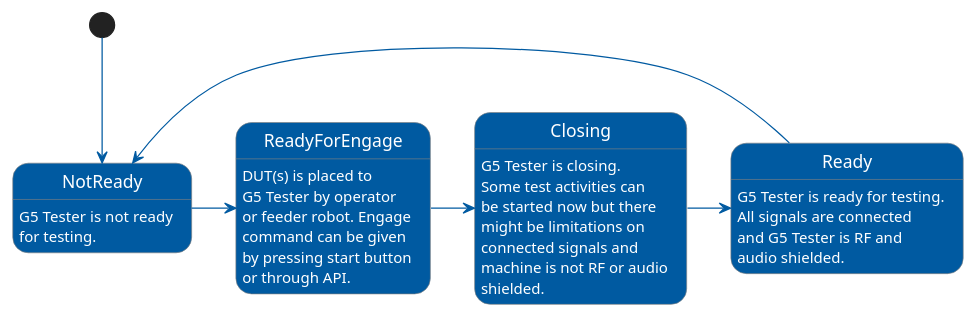
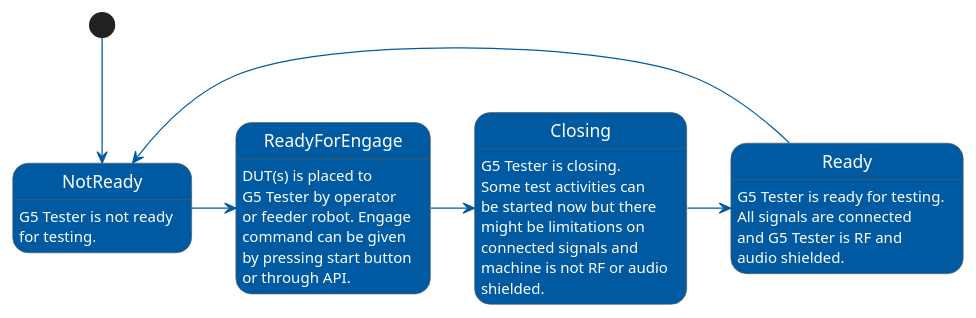
Before and after one commit to jotautomation/G5-Test-Sequencer-Docs: the diagram in pumls/G5_states.puml, drawn with PlantUML. The commit also changed 2 other files, not shown here.

```diff
--- a/pumls/G5_states.puml
+++ b/pumls/G5_states.puml
@@ -1,42 +1,42 @@
 @startuml
 skinparam state {
   StartColor #005aa1
   EndColor Red
   BackgroundColor #005aa1
   BackgroundColor<<Warning>> Olive
-  BorderColor Gray
+  BorderColor #5a5a5a
   FontName Apex
   AttributeFontColor White
   FontColor White
   ArrowColor #005aa1
 }
 
 [*] --> NotReady
 NotReady -> ReadyForEngage
 ReadyForEngage -> Closing
 Closing -> Ready
 Ready -> NotReady
 
 Ready: G5 Tester is ready for testing.
 Ready: All signals are connected
 Ready: and G5 Tester is RF and
 Ready: audio shielded.
 
 Closing: G5 Tester is closing.
 Closing: Some test activities can
 Closing: be started now but there
 Closing: might be limitations on
 Closing: connected signals and
 Closing: machine is not RF or audio
 Closing: shielded.
 
 ReadyForEngage: DUT(s) is placed to
 ReadyForEngage: G5 Tester by operator
 ReadyForEngage: or feeder robot. Engage
 ReadyForEngage: command can be given
 ReadyForEngage: by pressing start button
 ReadyForEngage: or through API.
 
 NotReady: G5 Tester is not ready
 NotReady: for testing.
 @enduml
```
